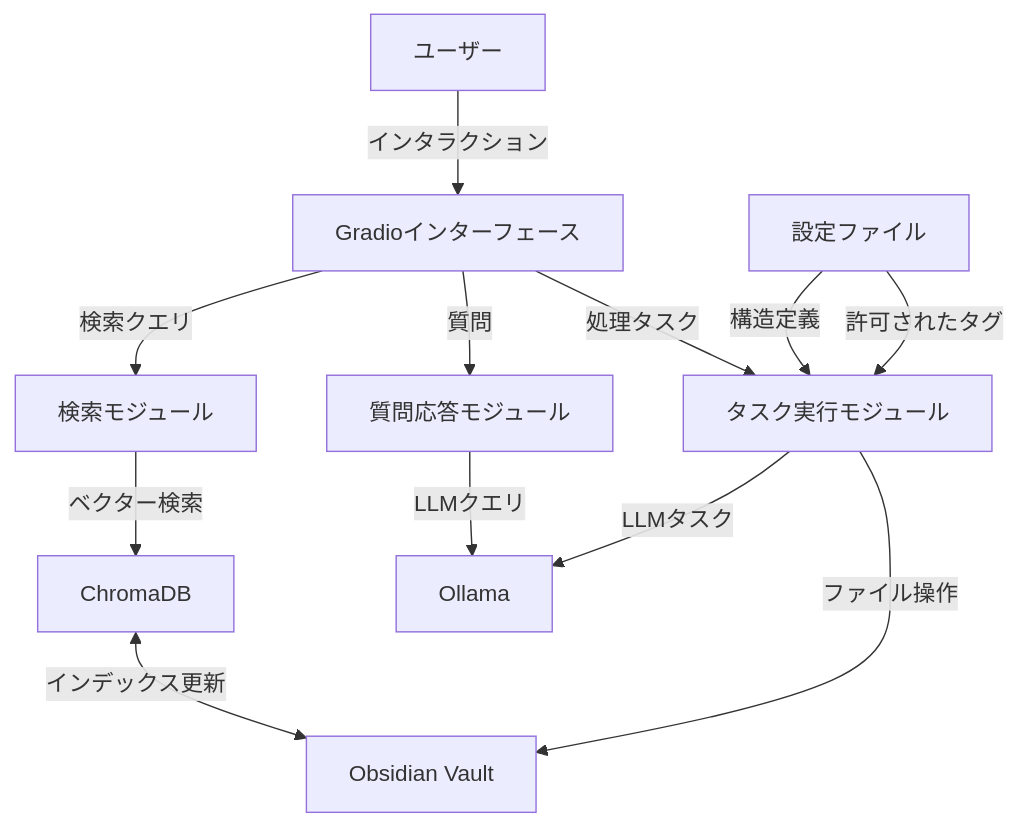
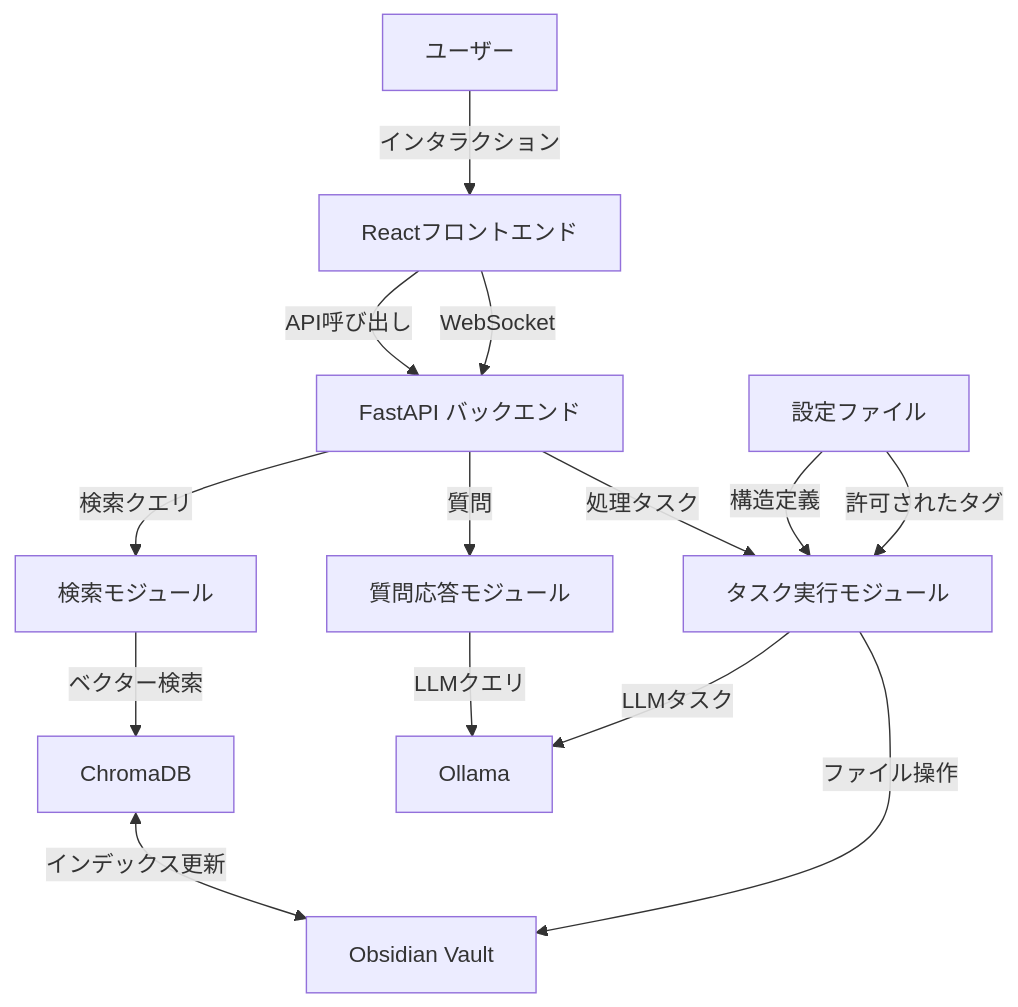
One commit to NewAITees/Obsidian-Concierge changed the first of 4 diagrams in docs/ARCHITECTURE.md. Above: the diagram before and after it, drawn with Mermaid. The commit also changed other lines of this file and 41 other files, not shown here.

````diff
--- a/docs/ARCHITECTURE.md
+++ b/docs/ARCHITECTURE.md
@@ -9,17 +9,19 @@
 ```mermaid
 graph TD
-    A[ユーザー] -->|インタラクション| B[Gradioインターフェース]
-    B -->|検索クエリ| C[検索モジュール]
-    B -->|質問| D[質問応答モジュール]
-    B -->|処理タスク| E[タスク実行モジュール]
+    A[ユーザー] -->|インタラクション| B[Reactフロントエンド]
+    B -->|API呼び出し| C[FastAPI バックエンド]
+    B -->|WebSocket| C
+    C -->|検索クエリ| D[検索モジュール]
+    C -->|質問| E[質問応答モジュール]
+    C -->|処理タスク| F[タスク実行モジュール]
     
-    C -->|ベクター検索| F[ChromaDB]
-    D -->|LLMクエリ| G[Ollama]
-    E -->|LLMタスク| G
+    D -->|ベクター検索| G[ChromaDB]
+    E -->|LLMクエリ| H[Ollama]
+    F -->|LLMタスク| H
     
-    F <-->|インデックス更新| H[Obsidian Vault]
-    E -->|ファイル操作| H
+    G <-->|インデックス更新| I[Obsidian Vault]
+    F -->|ファイル操作| I
     
-    I[設定ファイル] -->|構造定義| E
-    I -->|許可されたタグ| E
+    J[設定ファイル] -->|構造定義| F
+    J -->|許可されたタグ| F
 ```
````
